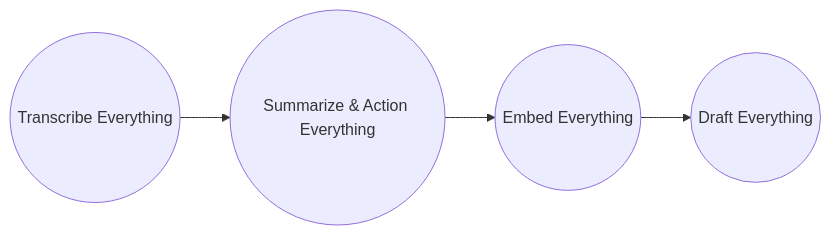
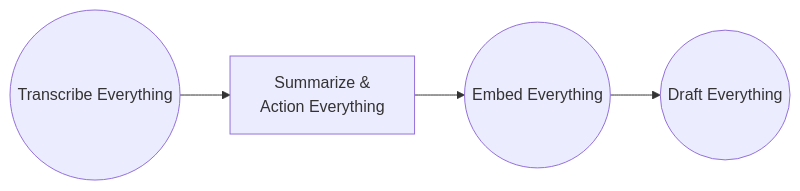
Before and after one commit to dragones/llmpm: the diagram in README.md, drawn with Mermaid.

Commit message:
add line wrapping

````diff
--- a/README.md
+++ b/README.md
@@ -48,10 +48,11 @@
 ```mermaid
 flowchart LR
     id1((Transcribe Everything))
-    id2((Summarize & Action Everything))
+    id2["`Summarize &
+    Action Everything`"]
     id3((Embed Everything))
     id4((Draft Everything))
     id1 --> id2
     id2 --> id3
     id3 --> id4
 ```
````
